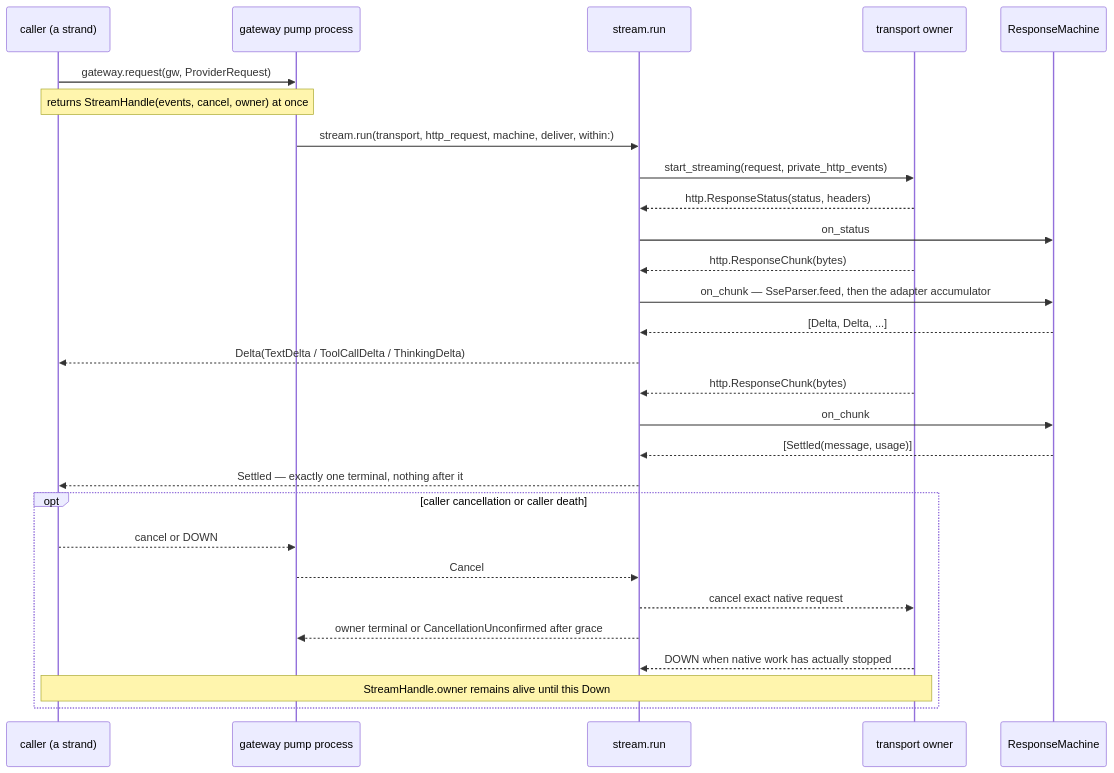
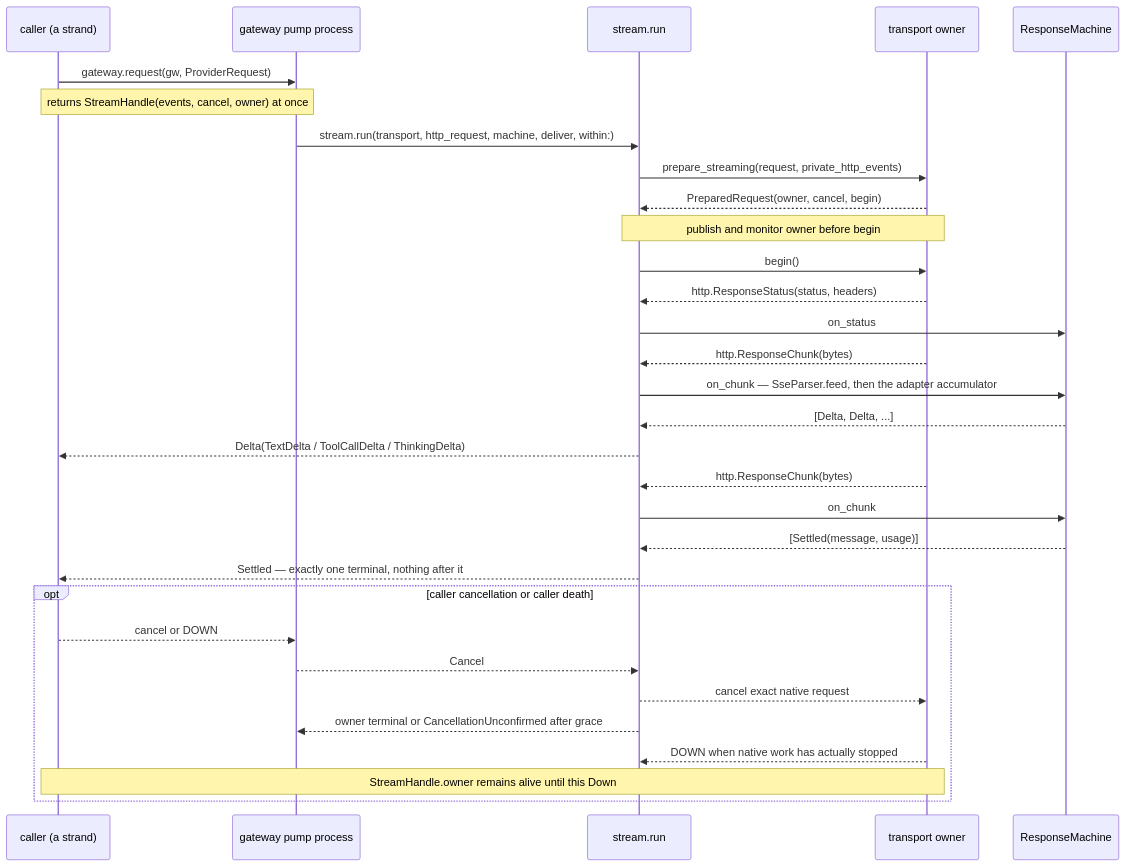
One commit to Roasbeef/loom changed the first of 4 diagrams in packages/provider/README.md. Above: the diagram before and after it, drawn with Mermaid. The commit also changed 19 other files, not shown here.

First line of the commit message:
provider: publish transport before begin

````diff
--- a/packages/provider/README.md
+++ b/packages/provider/README.md
@@ -27,31 +27,34 @@
 ```mermaid
 sequenceDiagram
   participant C as caller (a strand)
   participant G as gateway pump process
   participant R as stream.run
   participant T as transport owner
   participant M as ResponseMachine
 
   C->>G: gateway.request(gw, ProviderRequest)
   Note over C,G: returns StreamHandle(events, cancel, owner) at once
   G->>R: stream.run(transport, http_request, machine, deliver, within:)
-  R->>T: start_streaming(request, private_http_events)
+  R->>T: prepare_streaming(request, private_http_events)
+  T-->>R: PreparedRequest(owner, cancel, begin)
+  Note over R,T: publish and monitor owner before begin
+  R->>T: begin()
   T-->>R: http.ResponseStatus(status, headers)
   R->>M: on_status
   T-->>R: http.ResponseChunk(bytes)
   R->>M: on_chunk — SseParser.feed, then the adapter accumulator
   M-->>R: [Delta, Delta, ...]
   R-->>C: Delta(TextDelta / ToolCallDelta / ThinkingDelta)
   T-->>R: http.ResponseChunk(bytes)
   R->>M: on_chunk
   M-->>R: [Settled(message, usage)]
   R-->>C: Settled — exactly one terminal, nothing after it
   opt caller cancellation or caller death
     C-->>G: cancel or DOWN
     G-->>R: Cancel
     R-->>T: cancel exact native request
     R-->>G: owner terminal or CancellationUnconfirmed after grace
     T-->>R: DOWN when native work has actually stopped
     Note over C,T: StreamHandle.owner remains alive until this Down
   end
 ```
````
